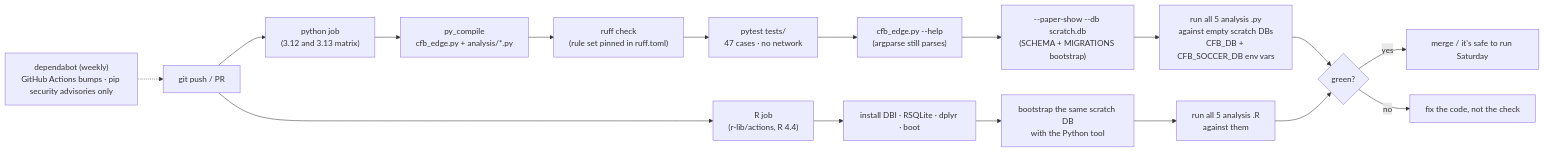
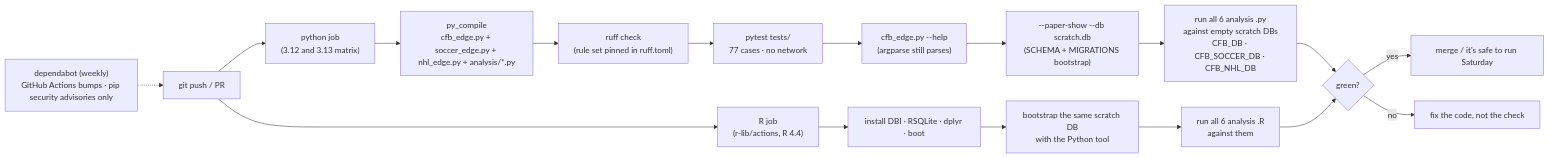
One commit to wbp318/cfb_pro_soccer_2026 changed diagram 12 of 26 in README.md. Above: the diagram before and after it, drawn with Mermaid. The commit also changed other lines of this file and 8 other files, not shown here.

First line of the commit message:
Add analysis/06_nhl: the NHL analysis loop in Python and R

````diff
--- a/README.md
+++ b/README.md
@@ -710,18 +719,18 @@
 ```mermaid
 flowchart LR
     PUSH["git push / PR"] --> PY["python job\n(3.12 and 3.13 matrix)"]
     PUSH --> RJ["R job\n(r-lib/actions, R 4.4)"]
-    PY --> P1["py_compile\ncfb_edge.py + analysis/*.py"]
+    PY --> P1["py_compile\ncfb_edge.py + soccer_edge.py + nhl_edge.py + analysis/*.py"]
     P1 --> P2["ruff check\n(rule set pinned in ruff.toml)"]
-    P2 --> PT["pytest tests/\n47 cases · no network"]
+    P2 --> PT["pytest tests/\n77 cases · no network"]
     PT --> P3["cfb_edge.py --help\n(argparse still parses)"]
     P3 --> P4["--paper-show --db scratch.db\n(SCHEMA + MIGRATIONS bootstrap)"]
-    P4 --> P5["run all 5 analysis .py\nagainst empty scratch DBs\nCFB_DB + CFB_SOCCER_DB env vars"]
+    P4 --> P5["run all 6 analysis .py\nagainst empty scratch DBs\nCFB_DB · CFB_SOCCER_DB · CFB_NHL_DB"]
     RJ --> R1["install DBI · RSQLite · dplyr · boot"]
     R1 --> R2["bootstrap the same scratch DB\nwith the Python tool"]
-    R2 --> R3["run all 5 analysis .R\nagainst them"]
+    R2 --> R3["run all 6 analysis .R\nagainst them"]
     P5 & R3 --> OK{"green?"}
     OK -- yes --> M["merge / it's safe to run Saturday"]
     OK -- no --> FIX["fix the code, not the check"]
     DEP["dependabot (weekly)\nGitHub Actions bumps · pip security advisories only"] -.-> PUSH
 ```
````
